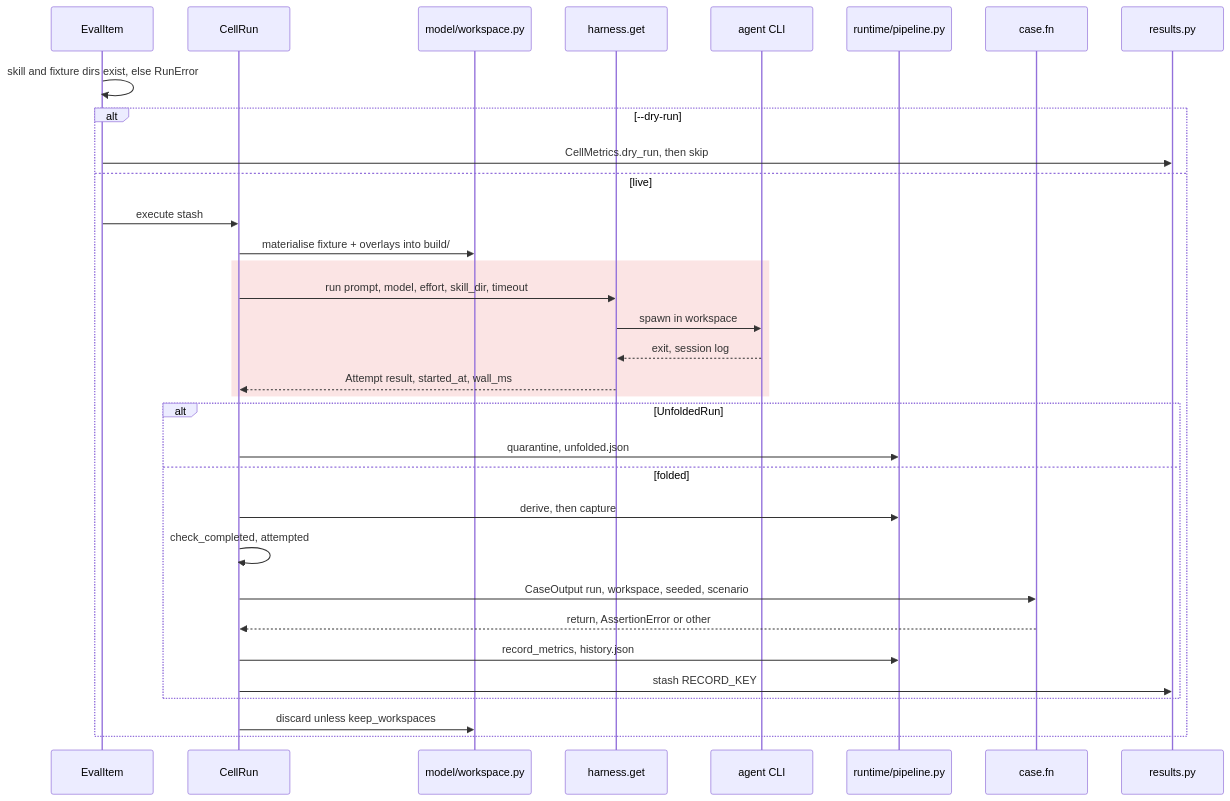
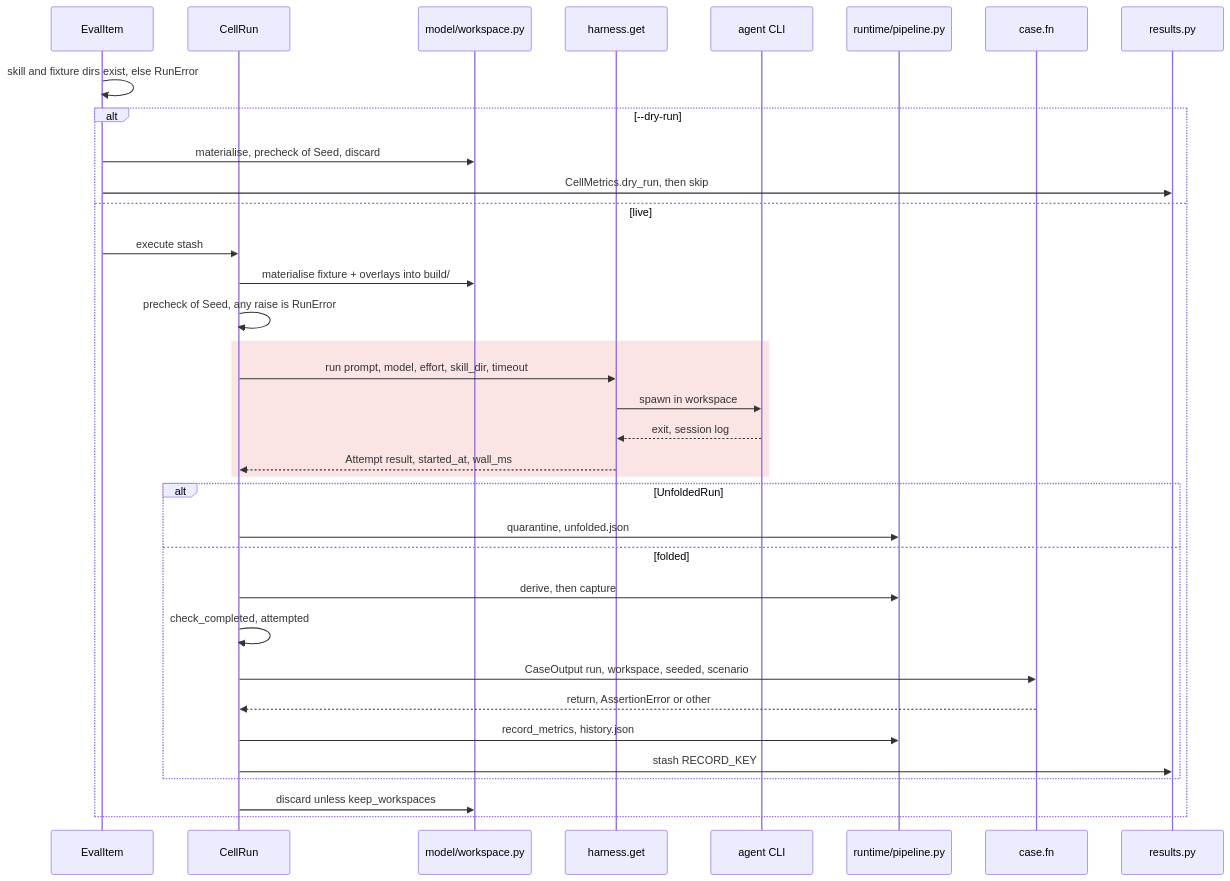
The ninth of 39 diagrams in ARCHITECTURE.md (neozenith/pytest-xharness-eval), drawn with Mermaid before and after one commit. The commit also changed other lines of this file and 1 other file, not shown here.

First line of the commit message:
docs: ARCHITECTURE.md refreshed for the wired Analyzer, CellPlan and ADR 0076 names

````diff
--- a/ARCHITECTURE.md
+++ b/ARCHITECTURE.md
@@ -482,36 +495,38 @@
 ```mermaid
 sequenceDiagram
     participant IT as EvalItem
     participant RUN as CellRun
     participant WS as model/workspace.py
     participant H as harness.get
     participant CLI as agent CLI
     participant PL as runtime/pipeline.py
     participant G as case.fn
     participant RS as results.py
 
     IT->>IT: skill and fixture dirs exist, else RunError
     alt --dry-run
+        IT->>WS: materialise, precheck of Seed, discard
         IT->>RS: CellMetrics.dry_run, then skip
     else live
         IT->>RUN: execute stash
         RUN->>WS: materialise fixture + overlays into build/
+        RUN->>RUN: precheck of Seed, any raise is RunError
         rect rgba(220,38,38,0.12)
             RUN->>H: run prompt, model, effort, skill_dir, timeout
             H->>CLI: spawn in workspace
             CLI-->>H: exit, session log
             H-->>RUN: Attempt result, started_at, wall_ms
         end
         alt UnfoldedRun
             RUN->>PL: quarantine, unfolded.json
         else folded
             RUN->>PL: derive, then capture
             RUN->>RUN: check_completed, attempted
             RUN->>G: CaseOutput run, workspace, seeded, scenario
             G-->>RUN: return, AssertionError or other
             RUN->>PL: record_metrics, history.json
             RUN->>RS: stash RECORD_KEY
         end
         RUN->>WS: discard unless keep_workspaces
     end
 ```
````
